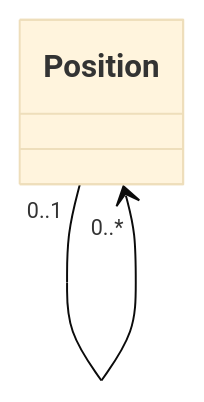
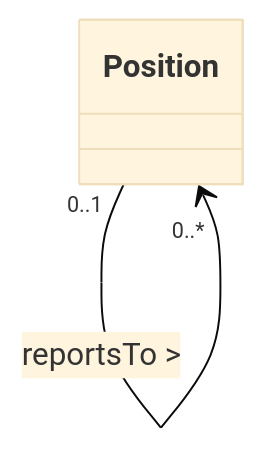
The fourth of 5 diagrams in lab2/Assignment1.md (leone2016/MPP_ASSIGNMENTS), drawn with Mermaid (base theme) before and after one commit. The commit also changed other lines of this file and 10 other files, not shown here.

````diff
--- a/lab2/Assignment1.md
+++ b/lab2/Assignment1.md
@@ -83,7 +111,7 @@
    ```mermaid
    classDiagram
    
      %% Self-association: one position reports to another
-     Position "0..1" --> "0..*" Position
+     Position "0..1" --> "0..*" Position : reportsTo >
    
    ```
````
